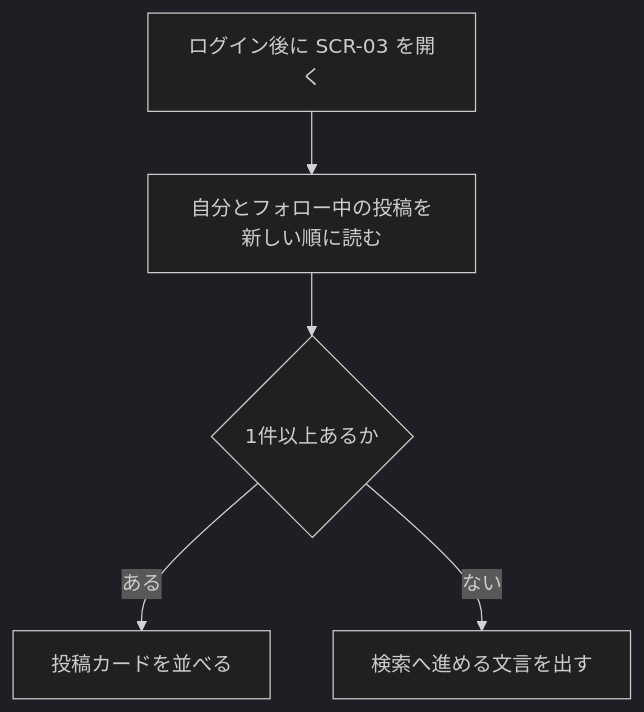
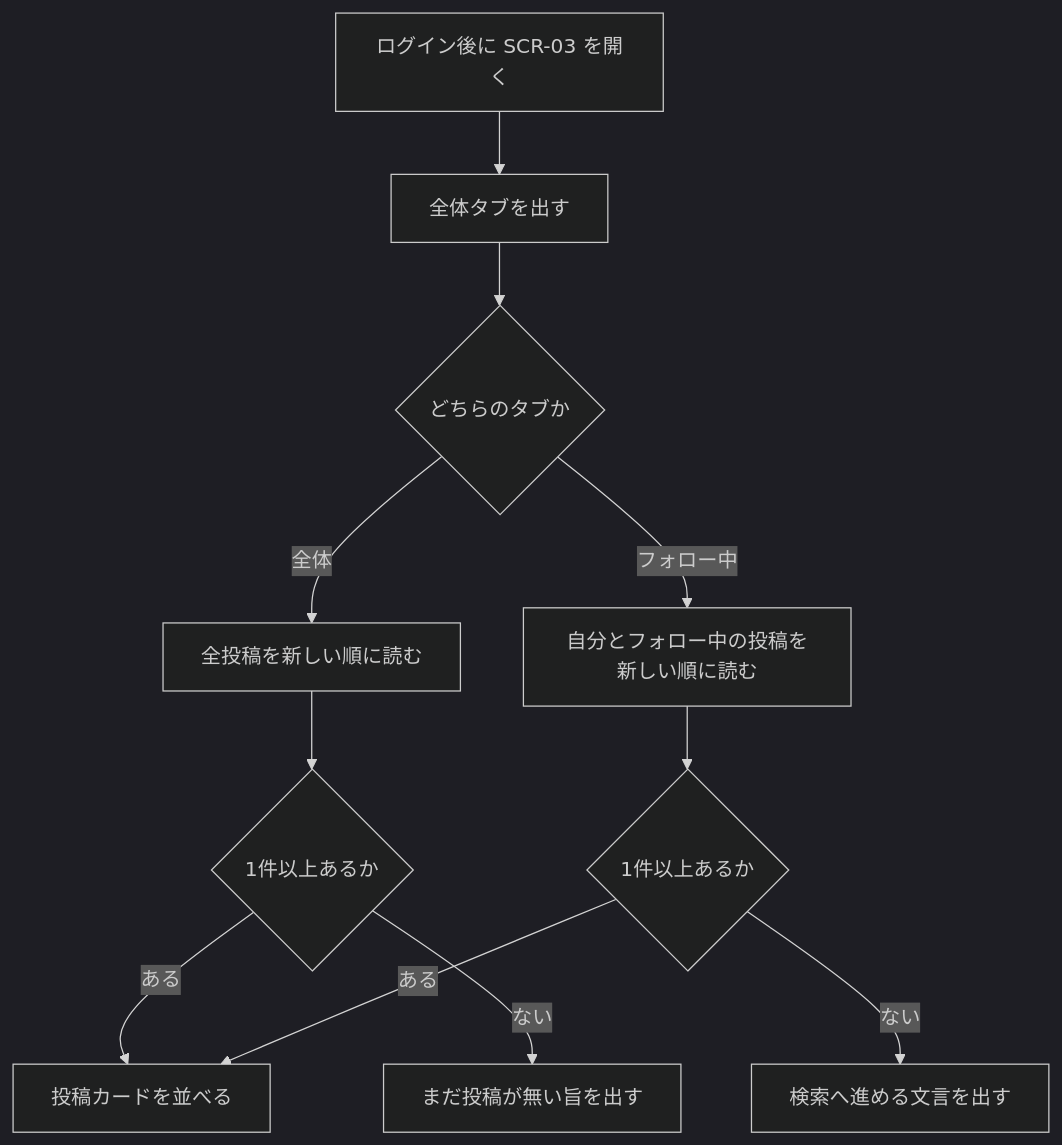
One commit to pfgnsb/learning-sns changed the first of 2 diagrams in ドキュメント/機能定義/タイムライン.md. Above: the diagram before and after it, drawn with Mermaid (dark theme). The commit also changed other lines of this file and 14 other files, not shown here.

````diff
--- a/ドキュメント/機能定義/タイムライン.md
+++ b/ドキュメント/機能定義/タイムライン.md
@@ -95,7 +110,13 @@
 ```mermaid
 flowchart TD
-  open[ログイン後に SCR-03 を開く] --> query[自分とフォロー中の投稿を新しい順に読む]
-  query --> has{1件以上あるか}
-  has -->|ある| cards[投稿カードを並べる]
-  has -->|ない| empty[検索へ進める文言を出す]
+  open[ログイン後に SCR-03 を開く] --> allTab[全体タブを出す]
+  allTab --> choice{どちらのタブか}
+  choice -->|全体| allPosts[全投稿を新しい順に読む]
+  choice -->|フォロー中| followed[自分とフォロー中の投稿を新しい順に読む]
+  allPosts --> hasAll{1件以上あるか}
+  followed --> hasFollow{1件以上あるか}
+  hasAll -->|ある| cards[投稿カードを並べる]
+  hasAll -->|ない| emptyAll[まだ投稿が無い旨を出す]
+  hasFollow -->|ある| cards
+  hasFollow -->|ない| emptyFollow[検索へ進める文言を出す]
 ```
````
